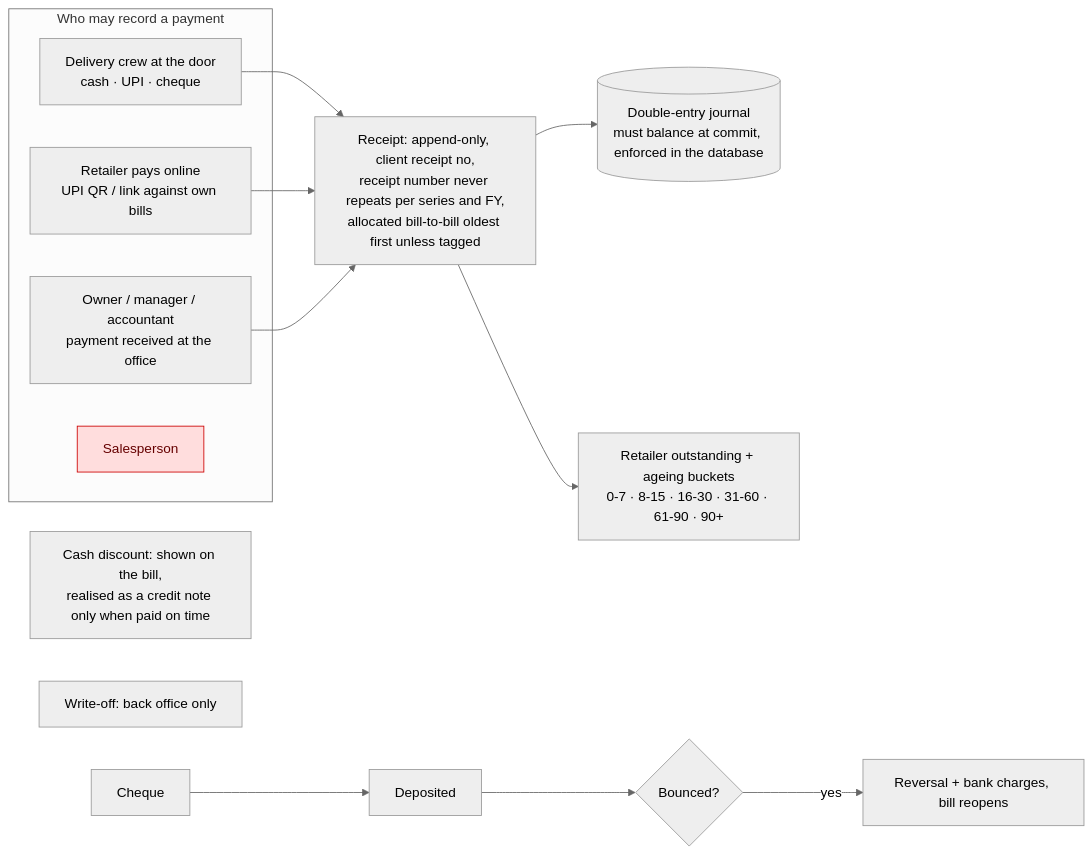
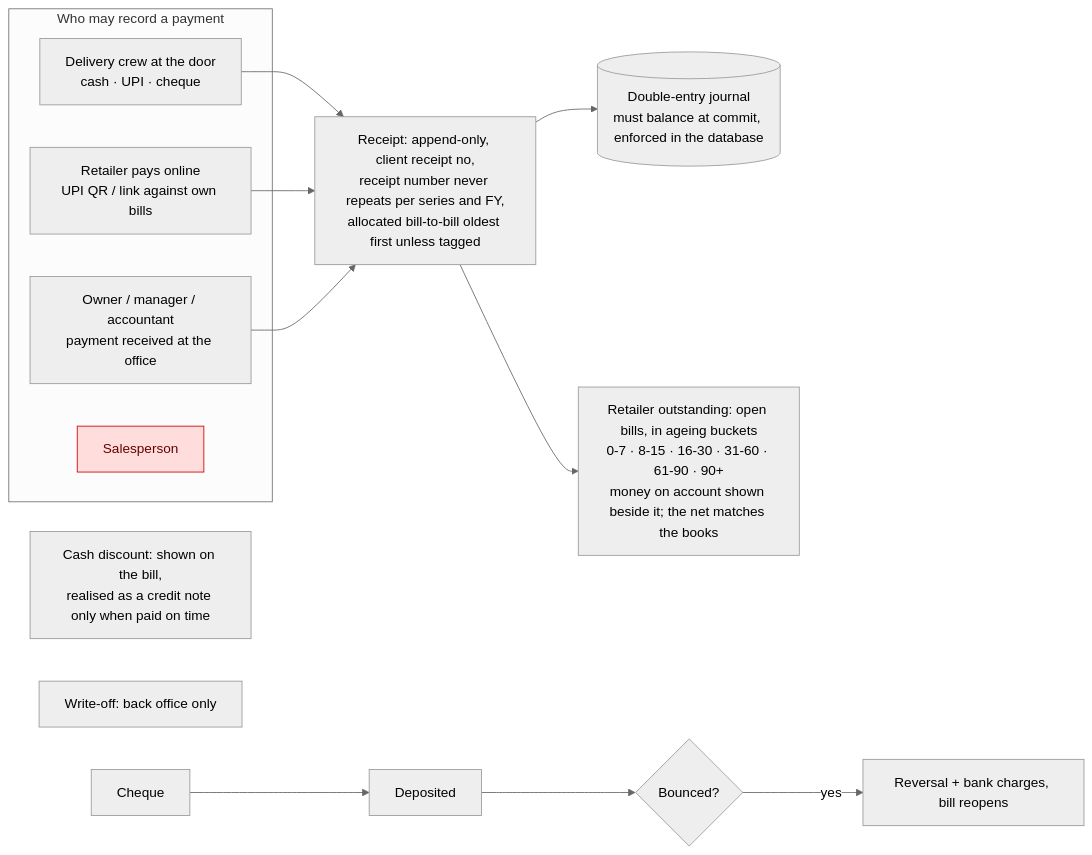
One commit to prajwalchavan/Distribution-OS changed the fourth of 5 diagrams in docs/22-source-of-truth.md. Above: the diagram before and after it, drawn with Mermaid (neutral theme). The commit also changed other lines of this file and 1 other file, not shown here.

````diff
--- a/docs/22-source-of-truth.md
+++ b/docs/22-source-of-truth.md
@@ -170,17 +175,17 @@
 ```mermaid
 flowchart LR
   subgraph collect [Who may record a payment]
     DL[Delivery crew at the door<br/>cash · UPI · cheque]
     RT[Retailer pays online<br/>UPI QR / link against own bills]
     DESK[Owner / manager / accountant<br/>payment received at the office]
     SP[Salesperson]:::no
   end
   DL & RT & DESK --> RC[Receipt: append-only, client receipt no,<br/>receipt number never repeats per series and FY,<br/>allocated bill-to-bill oldest first unless tagged]
   RC --> J[(Double-entry journal<br/>must balance at commit, enforced in the database)]
-  RC --> OUT[Retailer outstanding + ageing buckets<br/>0-7 · 8-15 · 16-30 · 31-60 · 61-90 · 90+]
+  RC --> OUT[Retailer outstanding: open bills, in ageing buckets<br/>0-7 · 8-15 · 16-30 · 31-60 · 61-90 · 90+<br/>money on account shown beside it; the net matches the books]
   CHQ[Cheque] --> DEP[Deposited] --> BNC{Bounced?}
   BNC -- yes --> REV[Reversal + bank charges, bill reopens]
   CD[Cash discount: shown on the bill,<br/>realised as a credit note only when paid on time]
   WO[Write-off: back office only]
   classDef no fill:#fdd,stroke:#c00,color:#600
 ```
````
